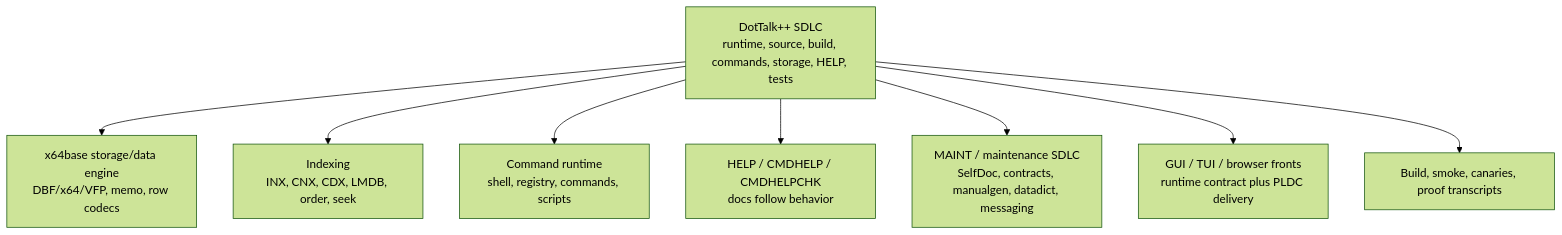
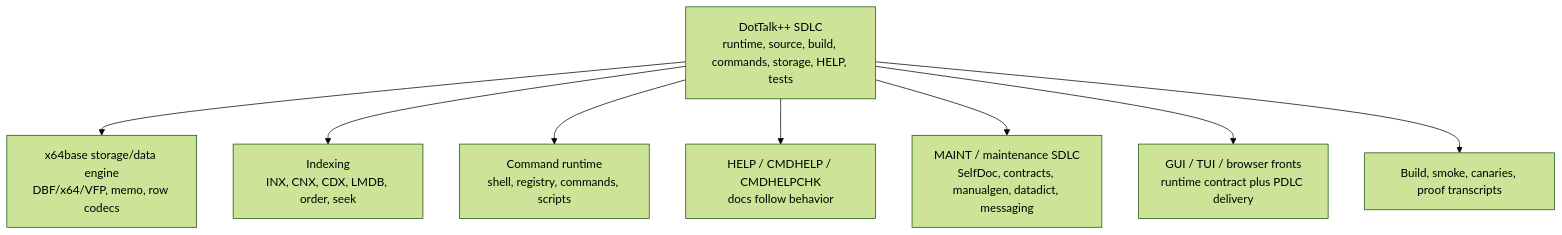
Before and after one commit to deraldg/x64base: the second of 11 diagrams in docs/maintenance/diagrams/DOTTALKPP_SDLC_DIAGRAMS_v0.md, drawn with Mermaid (forest theme). The commit also changed other lines of this file and 68 other files, not shown here.

Commit message:
docs: merge PLDC into PDLC (Project Development Life Cycle); rename 3 lane/planning docs

````diff
--- a/docs/maintenance/diagrams/DOTTALKPP_SDLC_DIAGRAMS_v0.md
+++ b/docs/maintenance/diagrams/DOTTALKPP_SDLC_DIAGRAMS_v0.md
@@ -32,20 +32,20 @@
 ```mermaid
 flowchart TB
     sdlc["DotTalk++ SDLC<br/>runtime, source, build, commands, storage, HELP, tests"]
 
     engine["x64base storage/data engine<br/>DBF/x64/VFP, memo, row codecs"]
     index["Indexing<br/>INX, CNX, CDX, LMDB, order, seek"]
     cli["Command runtime<br/>shell, registry, commands, scripts"]
     help["HELP / CMDHELP / CMDHELPCHK<br/>docs follow behavior"]
     maint["MAINT / maintenance SDLC<br/>SelfDoc, contracts, manualgen, datadict, messaging"]
-    gui["GUI / TUI / browser fronts<br/>runtime contract plus PLDC delivery"]
+    gui["GUI / TUI / browser fronts<br/>runtime contract plus PDLC delivery"]
     tests["Build, smoke, canaries, proof transcripts"]
 
     sdlc --> engine
     sdlc --> index
     sdlc --> cli
     sdlc --> help
     sdlc --> maint
     sdlc --> gui
     sdlc --> tests
 ```
````
